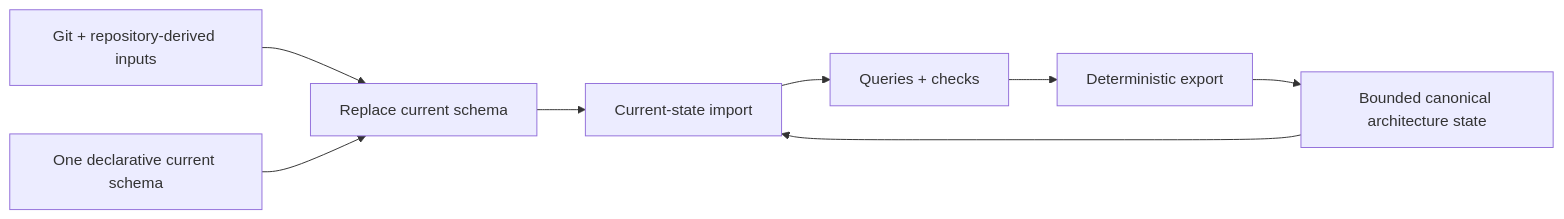
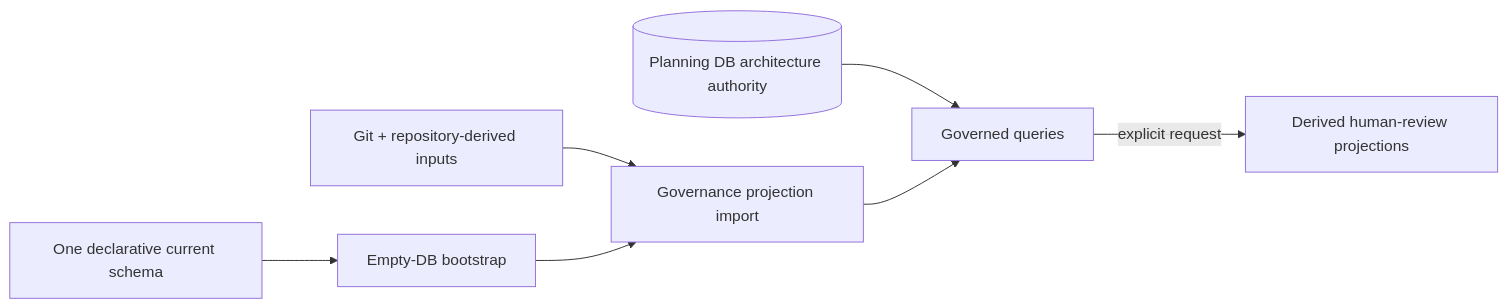
One commit to dunay2/dvt changed the second of 2 diagrams in docs/planning/proposals/mandatory/governance-and-docs/planning-db-current-schema-hard-cut-plan-20260808.md. Above: the diagram before and after it, drawn with Mermaid. The commit also changed other lines of this file and 70 other files, not shown here.

````diff
--- a/docs/planning/proposals/mandatory/governance-and-docs/planning-db-current-schema-hard-cut-plan-20260808.md
+++ b/docs/planning/proposals/mandatory/governance-and-docs/planning-db-current-schema-hard-cut-plan-20260808.md
@@ -81,10 +86,9 @@
 ```mermaid
 flowchart LR
-  Git[Git + repository-derived inputs] --> Rebuild[Replace current schema]
-  Schema[One declarative current schema] --> Rebuild
-  Canonical[Bounded canonical architecture state] --> Import[Current-state import]
-  Rebuild --> Import
-  Import --> Queries[Queries + checks]
-  Queries --> Export[Deterministic export]
-  Export --> Canonical
+  Git[Git + repository-derived inputs] --> Import[Governance projection import]
+  Schema[One declarative current schema] --> Bootstrap[Empty-DB bootstrap]
+  Bootstrap --> Import
+  Database[(Planning DB architecture authority)] --> Queries[Governed queries]
+  Import --> Queries
+  Queries -->|explicit request| Publish[Derived human-review projections]
 ```
````
